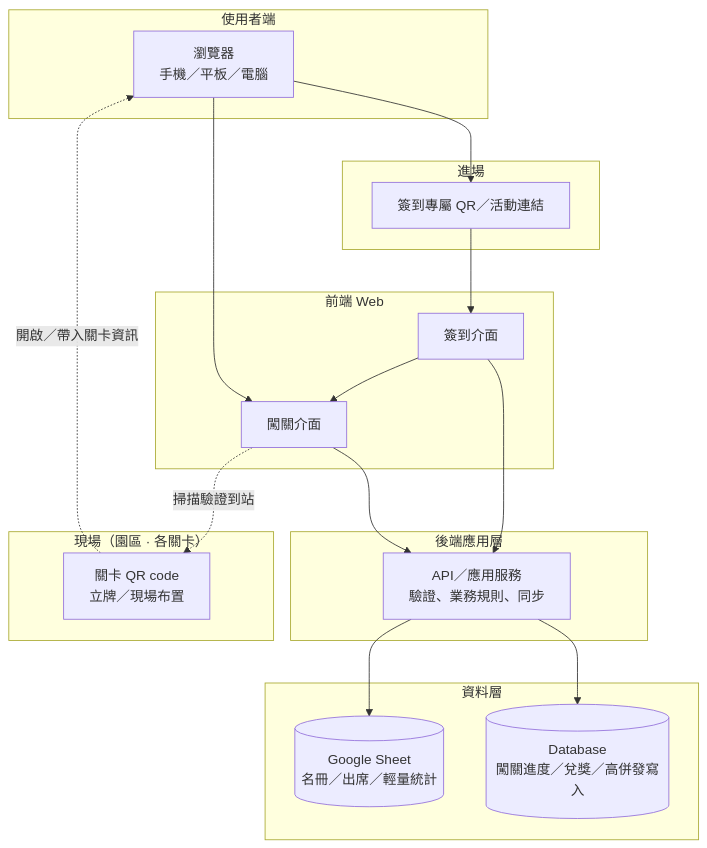
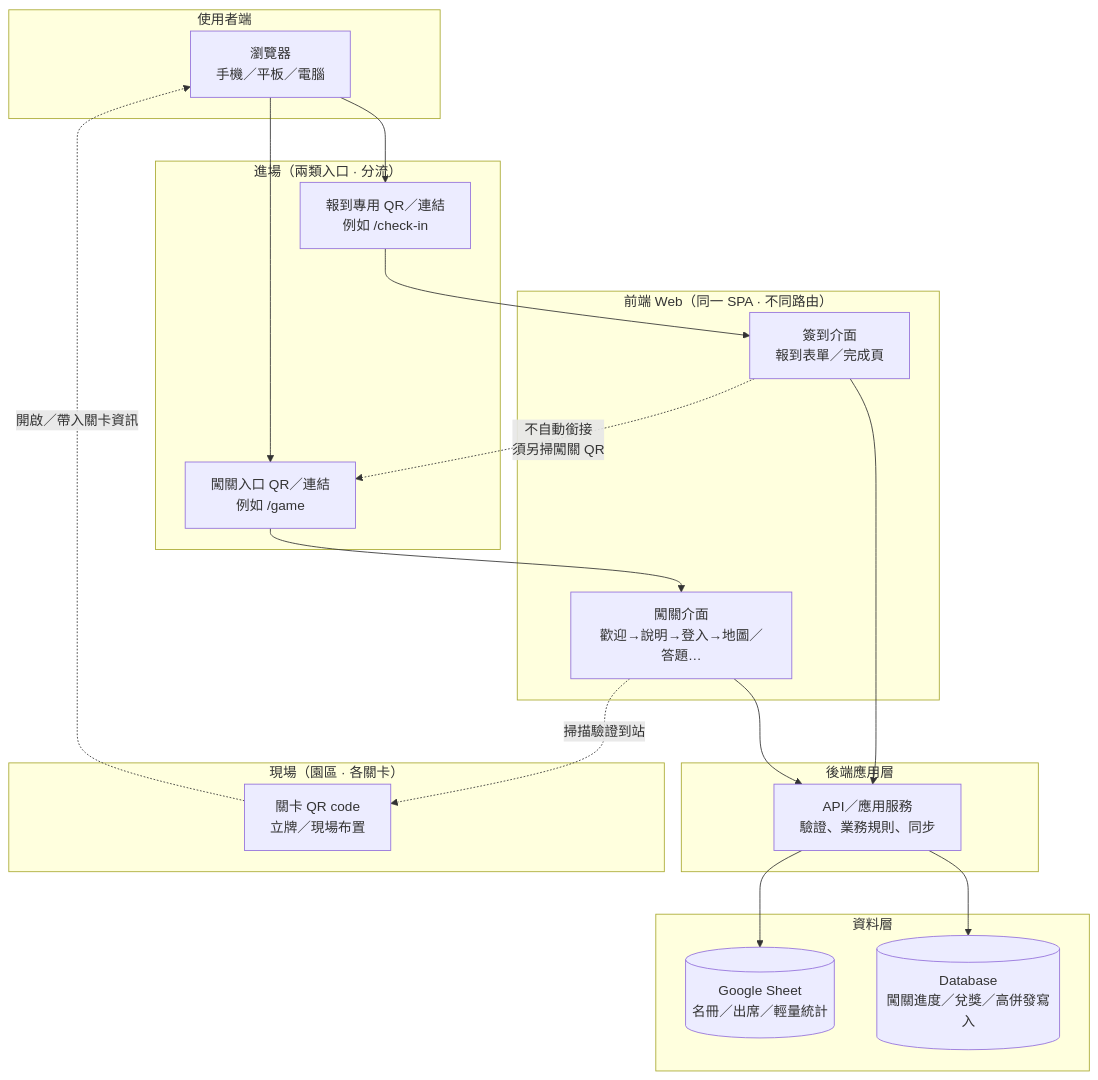
The first of 2 diagrams in README.md (BrianChang1212/FamilyDay_GreenWorld), drawn with Mermaid before and after one commit. The commit also changed other lines of this file, not shown here.

Commit message:
docs(readme): index wireframe v2 PDF and fix architecture diagram
- Link FamilyDayApp_wireframe_v2.pdf in project overview and doc index

- Split check-in vs game entry in mermaid; remove implicit P1-to-P2 jump

- Bump README to v2.23

Made-with: Cursor

````diff
--- a/README.md
+++ b/README.md
@@ -165,39 +165,41 @@
 ```mermaid
 flowchart TB
   subgraph client["使用者端"]
     U[瀏覽器<br/>手機／平板／電腦]
   end
 
-  subgraph entry["進場"]
-    QR[簽到專屬 QR／活動連結]
+  subgraph entry["進場（兩類入口 · 分流）"]
+    QR1[報到專用 QR／連結<br/>例如 /check-in]
+    QR2[闖關入口 QR／連結<br/>例如 /game]
   end
 
-  subgraph fe["前端 Web"]
-    P1[簽到介面]
-    P2[闖關介面]
+  subgraph fe["前端 Web（同一 SPA · 不同路由）"]
+    P1[簽到介面<br/>報到表單／完成頁]
+    P2[闖關介面<br/>歡迎→說明→登入→地圖／答題…]
   end
 
   subgraph be["後端應用層"]
     API[API／應用服務<br/>驗證、業務規則、同步]
   end
 
   subgraph data["資料層"]
     GS[("Google Sheet<br/>名冊／出席／輕量統計")]
     DB[("Database<br/>闖關進度／兌獎／高併發寫入")]
   end
 
   subgraph onsite["現場（園區 · 各關卡）"]
     SQ[關卡 QR code<br/>立牌／現場布置]
   end
 
-  U --> QR
-  QR --> P1
-  P1 --> P2
-  U --> P2
+  U --> QR1
+  U --> QR2
+  QR1 --> P1
+  QR2 --> P2
+  P1 -.->|不自動銜接<br/>須另掃闖關 QR| QR2
   P1 --> API
   P2 --> API
   API --> GS
   API --> DB
   P2 -.->|掃描驗證到站| SQ
   SQ -.->|開啟／帶入關卡資訊| U
 ```
````
